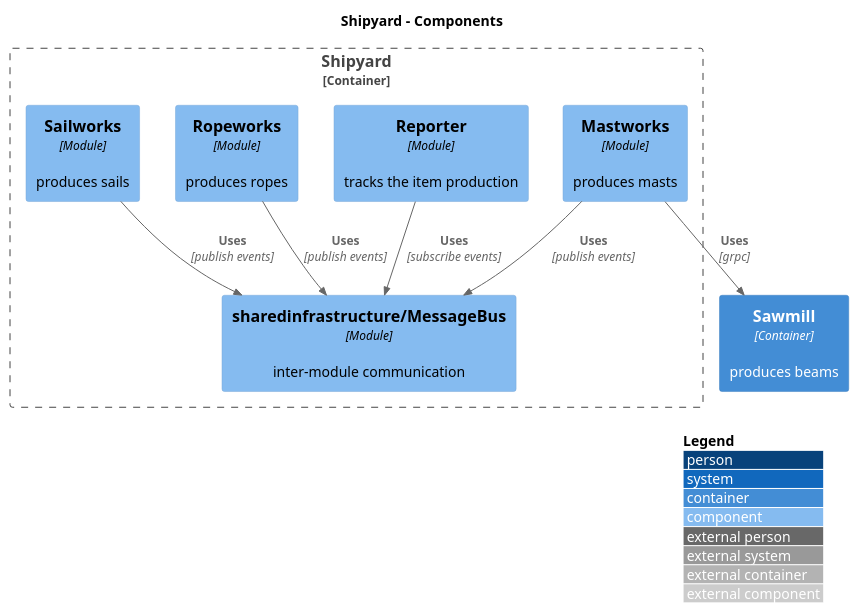
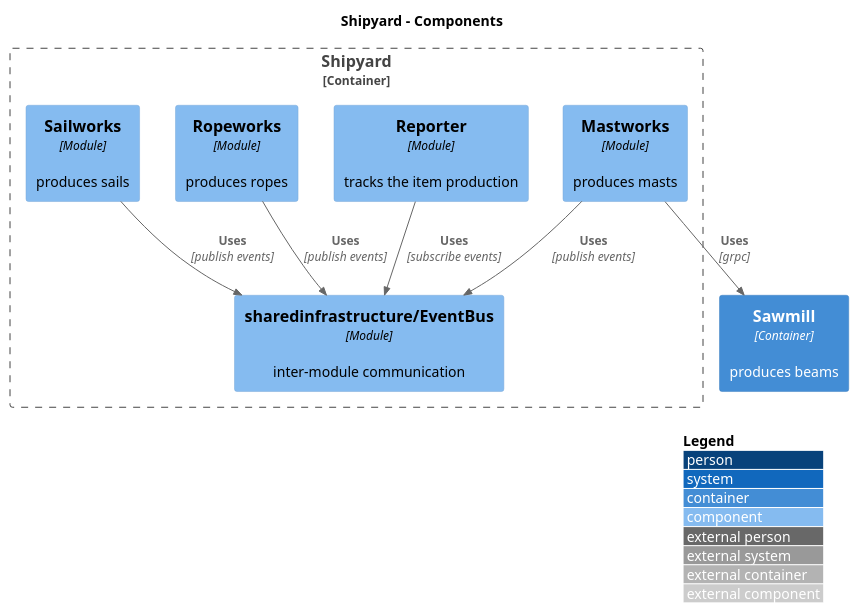
One commit to mateuszmidor/GoStudy changed the diagram in modular-monolith/docs/C4_Component.puml. Above: the diagram before and after it, drawn with PlantUML. The commit also changed 13 other files, not shown here.

```diff
--- a/modular-monolith/docs/C4_Component.puml
+++ b/modular-monolith/docs/C4_Component.puml
@@ -1,21 +1,21 @@
 @startuml
 !include https://raw.githubusercontent.com/plantuml-stdlib/C4-PlantUML/master/C4_Component.puml
 
 LAYOUT_WITH_LEGEND()
 
 title Shipyard - Components
 
 Container_Boundary(shipyard, "Shipyard") {
     Component(reporter, "Reporter", "Module", "tracks the item production")
     Component(ropeworks, "Ropeworks", "Module", "produces ropes")
     Component(mastworks, "Mastworks", "Module", "produces masts")
     Component(sailworks, "Sailworks", "Module", "produces sails")
-    Component(messagebus, "sharedinfrastructure/MessageBus", "Module", "inter-module communication")
+    Component(eventBus, "sharedinfrastructure/EventBus", "Module", "inter-module communication")
 }
 Container(sawmill, "Sawmill", "Container", "produces beams")
 Rel(mastworks, sawmill, "Uses", "grpc")
-Rel(ropeworks, messagebus, "Uses", "publish events")
-Rel(mastworks, messagebus, "Uses", "publish events")
-Rel(sailworks, messagebus, "Uses", "publish events")
-Rel(reporter, messagebus, "Uses", "subscribe events")
+Rel(ropeworks, eventBus, "Uses", "publish events")
+Rel(mastworks, eventBus, "Uses", "publish events")
+Rel(sailworks, eventBus, "Uses", "publish events")
+Rel(reporter, eventBus, "Uses", "subscribe events")
 @enduml
```
